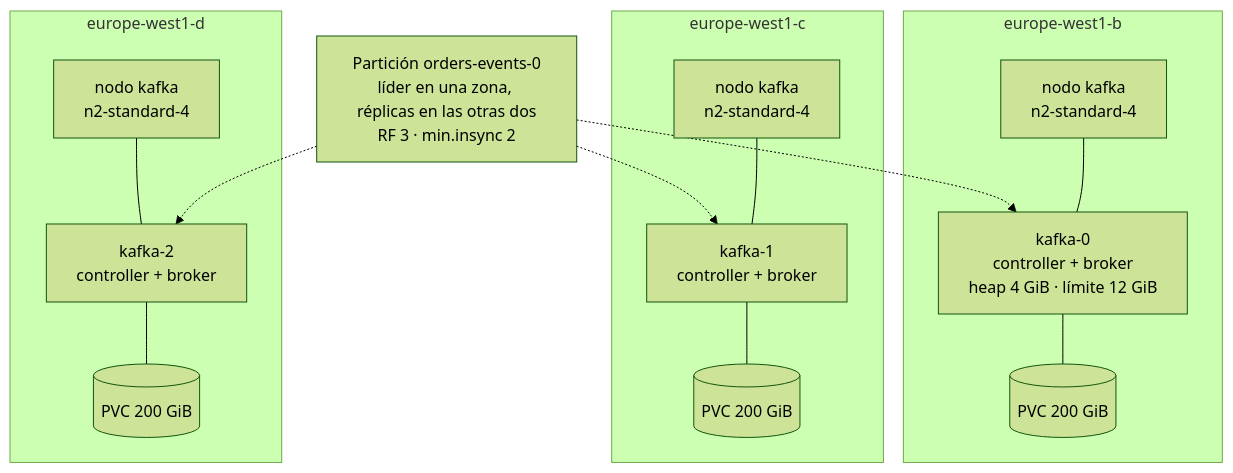
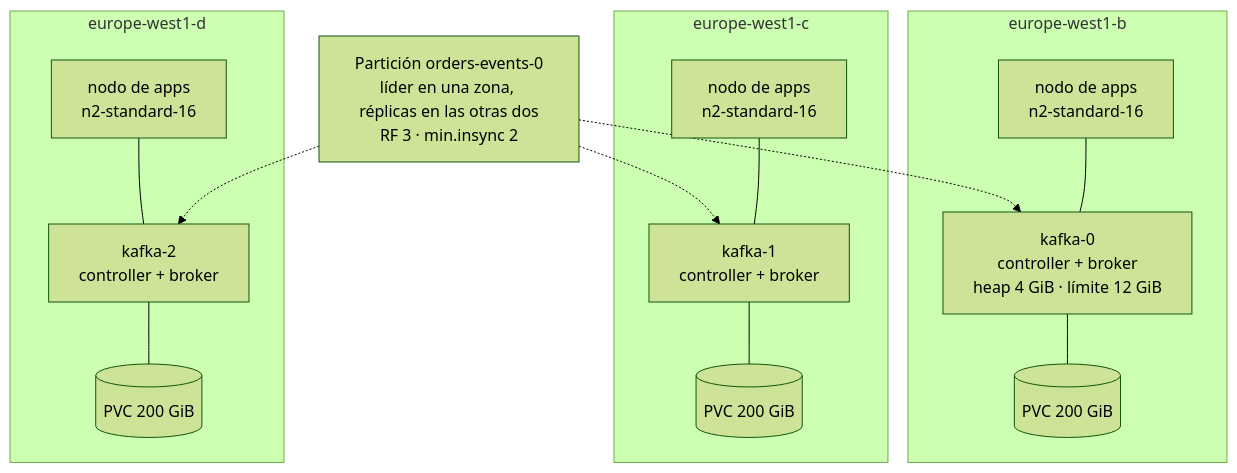
The diagram in docs/es/proposals/kafka-qa/diagrams/05-topologia.mmd (aescanero/proposal_documents), drawn with Mermaid (forest theme) before and after one commit. The commit also changed 55 other files, not shown here.

```diff
--- a/docs/es/proposals/kafka-qa/diagrams/05-topologia.mmd
+++ b/docs/es/proposals/kafka-qa/diagrams/05-topologia.mmd
@@ -1,23 +1,23 @@
 flowchart TB
     subgraph Z1["europe-west1-b"]
-        N1["nodo kafka<br/>n2-standard-4"]
+        N1["nodo de apps<br/>n2-standard-16"]
         K1["kafka-0<br/>controller + broker<br/>heap 4 GiB · límite 12 GiB"]
         D1[("PVC 200 GiB")]
         N1 --- K1 --- D1
     end
     subgraph Z2["europe-west1-c"]
-        N2["nodo kafka<br/>n2-standard-4"]
+        N2["nodo de apps<br/>n2-standard-16"]
         K2["kafka-1<br/>controller + broker"]
         D2[("PVC 200 GiB")]
         N2 --- K2 --- D2
     end
     subgraph Z3["europe-west1-d"]
-        N3["nodo kafka<br/>n2-standard-4"]
+        N3["nodo de apps<br/>n2-standard-16"]
         K3["kafka-2<br/>controller + broker"]
         D3[("PVC 200 GiB")]
         N3 --- K3 --- D3
     end
     P["Partición orders-events-0<br/>líder en una zona, réplicas en las otras dos<br/>RF 3 · min.insync 2"]
     P -.-> K1
     P -.-> K2
     P -.-> K3
```
